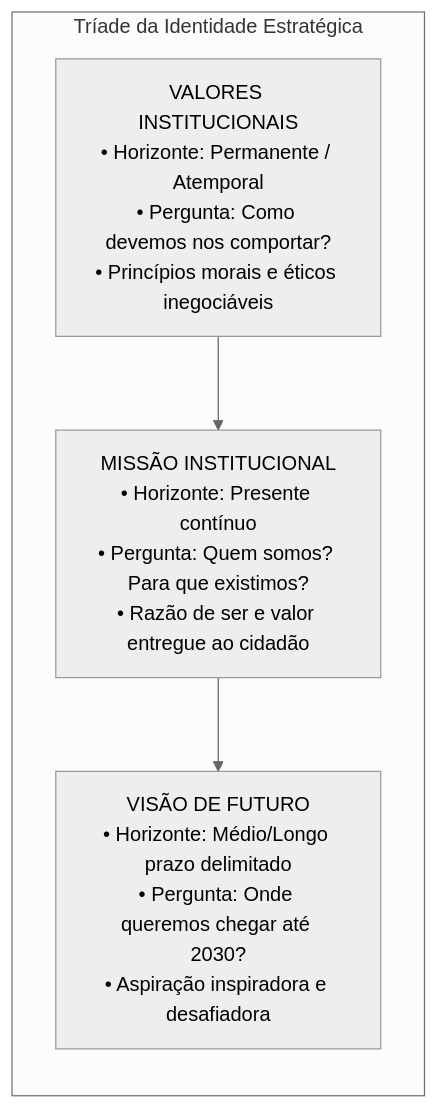
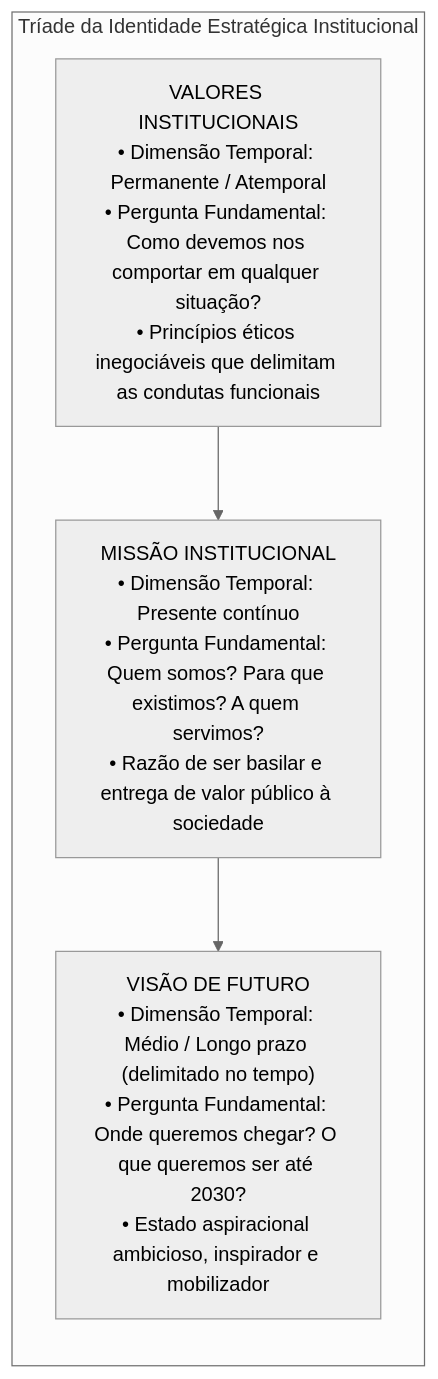
The first of 4 diagrams in fontes_de_estudo/conhecimentos_especificos_a01_tecnico_administrativo/23_administracao_estrategica/01_planejamento_estrategico_missao_visao_valores_e_escolas.md (thiagosantos346/TCE-GO-2027), drawn with Mermaid (neutral theme) before and after one commit. The commit also changed other lines of this file and 119 other files, not shown here.

````diff
--- a/fontes_de_estudo/conhecimentos_especificos_a01_tecnico_administrativo/23_administracao_estrategica/01_planejamento_estrategico_missao_visao_valores_e_escolas.md
+++ b/fontes_de_estudo/conhecimentos_especificos_a01_tecnico_administrativo/23_administracao_estrategica/01_planejamento_estrategico_missao_visao_valores_e_escolas.md
@@ -81,14 +45,14 @@
 ```mermaid
 flowchart TD
-    subgraph Identidade ["Tríade da Identidade Estratégica"]
+    subgraph Identidade ["Tríade da Identidade Estratégica Institucional"]
         direction TB
-        M["MISSÃO INSTITUCIONAL<br/>• Horizonte: Presente contínuo<br/>• Pergunta: Quem somos? Para que existimos?<br/>• Razão de ser e valor entregue ao cidadão"]
+        M["MISSÃO INSTITUCIONAL<br/>• Dimensão Temporal: Presente contínuo<br/>• Pergunta Fundamental: Quem somos? Para que existimos? A quem servimos?<br/>• Razão de ser basilar e entrega de valor público à sociedade"]
         
-        V["VISÃO DE FUTURO<br/>• Horizonte: Médio/Longo prazo delimitado<br/>• Pergunta: Onde queremos chegar até 2030?<br/>• Aspiração inspiradora e desafiadora"]
+        V["VISÃO DE FUTURO<br/>• Dimensão Temporal: Médio / Longo prazo (delimitado no tempo)<br/>• Pergunta Fundamental: Onde queremos chegar? O que queremos ser até 2030?<br/>• Estado aspiracional ambicioso, inspirador e mobilizador"]
         
-        VAL["VALORES INSTITUCIONAIS<br/>• Horizonte: Permanente / Atemporal<br/>• Pergunta: Como devemos nos comportar?<br/>• Princípios morais e éticos inegociáveis"]
+        VAL["VALORES INSTITUCIONAIS<br/>• Dimensão Temporal: Permanente / Atemporal<br/>• Pergunta Fundamental: Como devemos nos comportar em qualquer situação?<br/>• Princípios éticos inegociáveis que delimitam as condutas funcionais"]
         
         VAL --> M
         M --> V
     end
 ```
````
